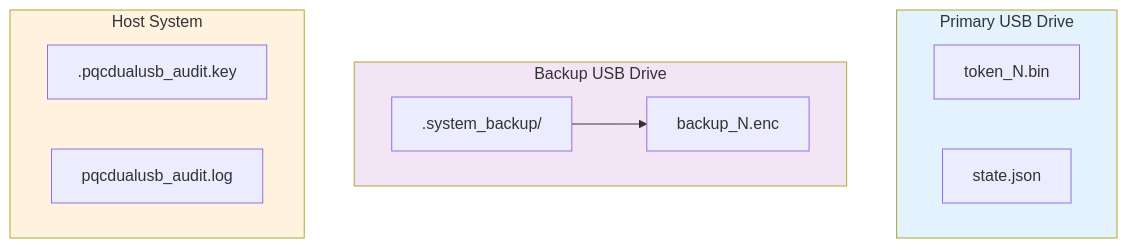
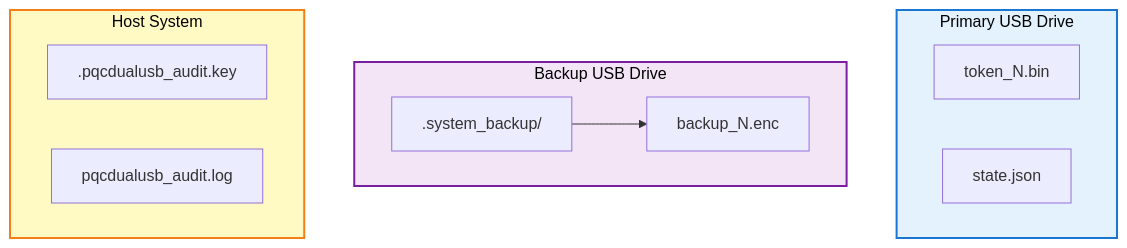
One commit to Johnsonajibi/PostQuantum-DualUSB-Token-Library changed diagram 12 of 13 in README.md. Above: the diagram before and after it, drawn with Mermaid. The commit also changed other lines of this file, not shown here.

First line of the commit message:
docs: Improve color contrast in all Mermaid diagrams

````diff
--- a/README.md
+++ b/README.md
@@ -622,22 +622,22 @@
 ```mermaid
 graph TB
     subgraph Primary["Primary USB Drive"]
         P1[token_N.bin]
         P2[state.json]
     end
     
     subgraph Backup["Backup USB Drive"]
         B1[.system_backup/]
         B2[backup_N.enc]
         B1 --> B2
     end
     
     subgraph Host["Host System"]
         H1[.pqcdualusb_audit.key]
         H2[pqcdualusb_audit.log]
     end
     
-    style Primary fill:#e3f2fd
-    style Backup fill:#f3e5f5
-    style Host fill:#fff3e0
+    style Primary fill:#e3f2fd,stroke:#1976d2,stroke-width:2px,color:#000
+    style Backup fill:#f3e5f5,stroke:#7b1fa2,stroke-width:2px,color:#000
+    style Host fill:#fff9c4,stroke:#f57f17,stroke-width:2px,color:#000
 ```
````
